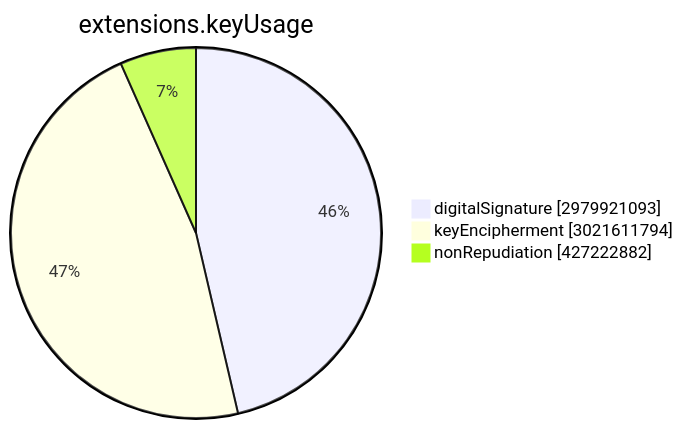
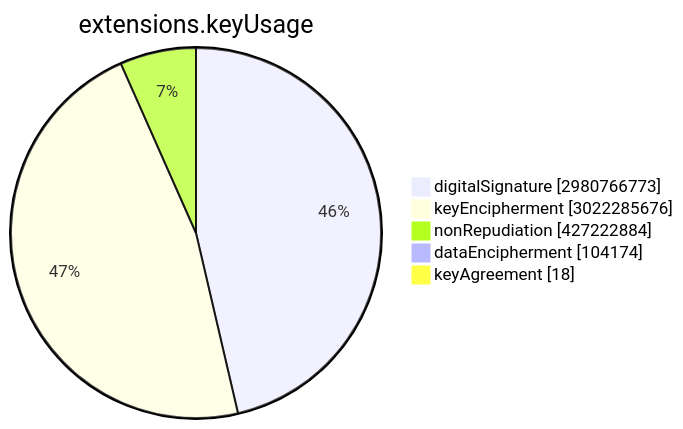
One commit to christiankrug/ctmonitor_visualization changed the sixth of 15 diagrams in TOTAL/README.md. Above: the diagram before and after it, drawn with Mermaid. The commit also changed other lines of this file, not shown here.

````diff
--- a/TOTAL/README.md
+++ b/TOTAL/README.md
@@ -3066,7 +3067,9 @@
 ```mermaid
 pie showData
 title extensions.keyUsage
-"digitalSignature" :2979921093
-"keyEncipherment" :3021611794
-"nonRepudiation" :427222882
+"digitalSignature" :2980766773
+"keyEncipherment" :3022285676
+"nonRepudiation" :427222884
+"dataEncipherment" :104174
+"keyAgreement" :18
 ```
````
